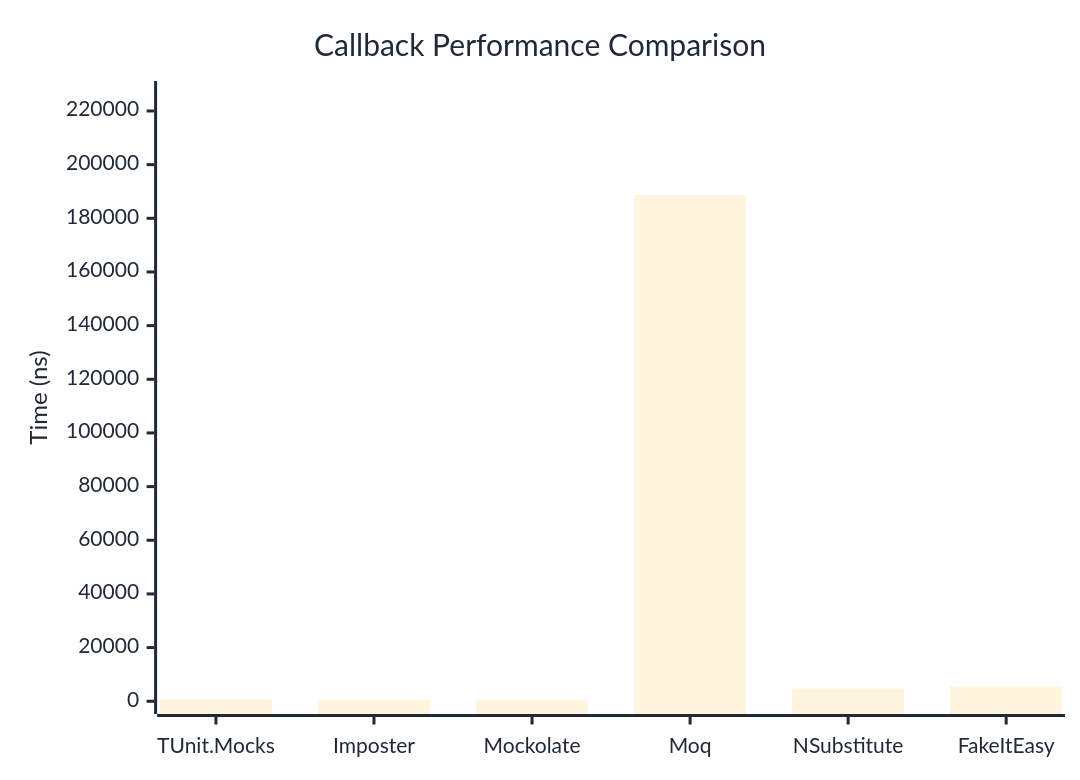
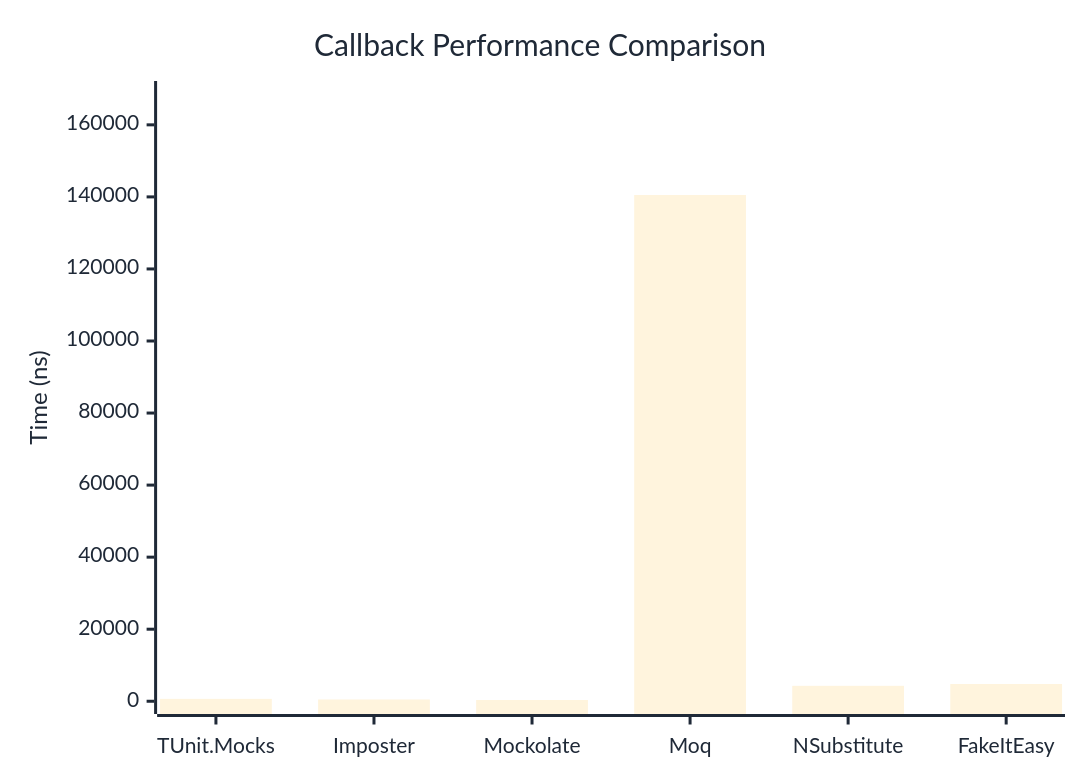
Before and after one commit to thomhurst/TUnit: the first of 2 diagrams in docs/docs/benchmarks/mocks/Callback.md, drawn with Mermaid. The commit also changed other lines of this file and 14 other files, not shown here.

````diff
--- a/docs/docs/benchmarks/mocks/Callback.md
+++ b/docs/docs/benchmarks/mocks/Callback.md
@@ -30,27 +30,27 @@
 ```mermaid
 %%{init: {
   'theme':'base',
   'themeVariables': {
     'primaryColor': '#2563eb',
     'primaryTextColor': '#1f2937',
     'primaryBorderColor': '#1e40af',
     'lineColor': '#6b7280',
     'secondaryColor': '#7c3aed',
     'tertiaryColor': '#dc2626',
     'background': '#ffffff',
     'pie1': '#2563eb',
     'pie2': '#7c3aed',
     'pie3': '#dc2626',
     'pie4': '#f59e0b',
     'pie5': '#10b981',
     'pie6': '#06b6d4',
     'pie7': '#ec4899',
     'pie8': '#6366f1'
   }
 }}%%
 xychart-beta
   title "Callback Performance Comparison"
   x-axis ["TUnit.Mocks", "Imposter", "Mockolate", "Moq", "NSubstitute", "FakeItEasy"]
-  y-axis "Time (ns)" 0 --> 226423
-  bar [778.6, 548.5, 411.6, 188685.2, 4747.3, 5539.6]
+  y-axis "Time (ns)" 0 --> 168631
+  bar [657.8, 493.9, 347.1, 140525.6, 4281.5, 4790.3]
 ```
````
